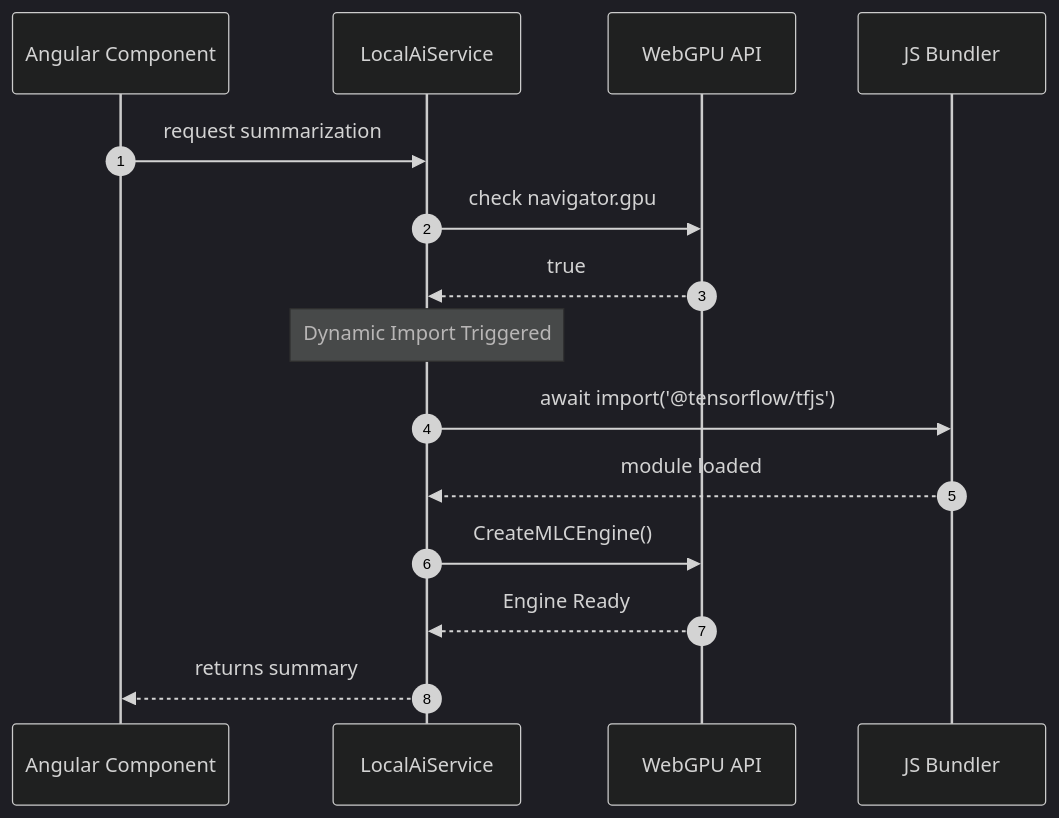
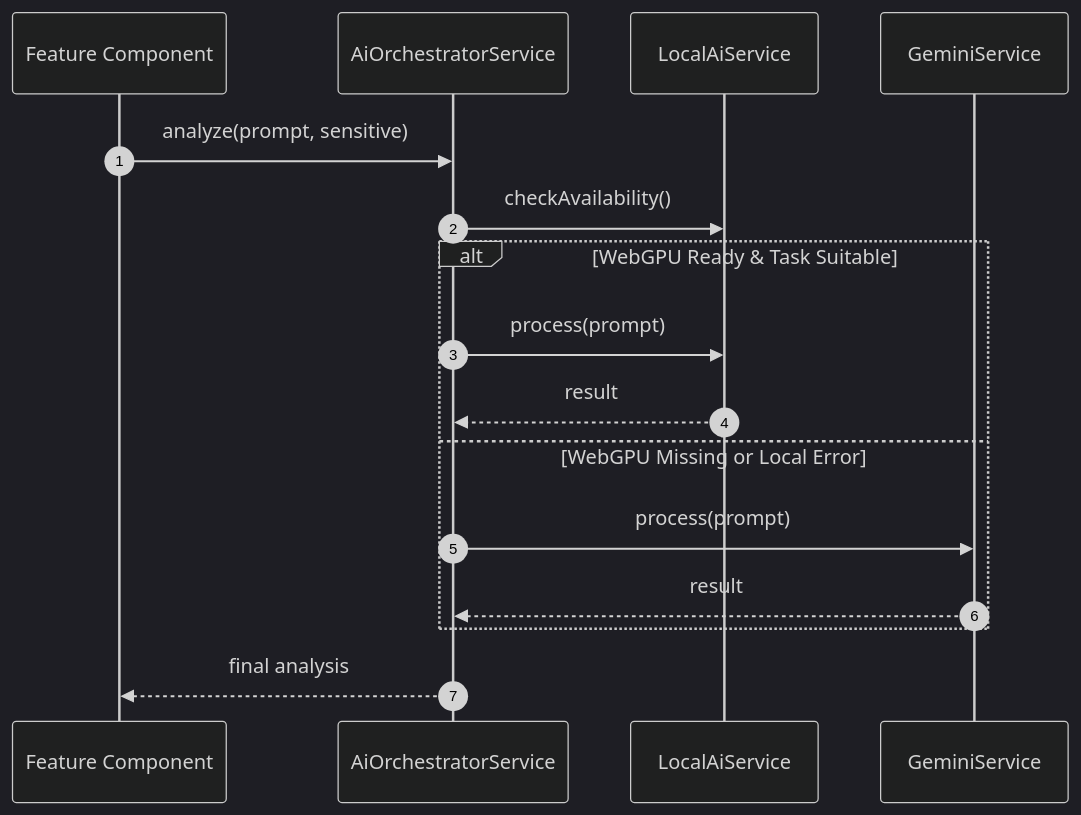
One commit to bbanho/intraclinica-supabase changed the second of 2 diagrams in wiki-site/docs/core-architecture/ai-integrations.md. Above: the diagram before and after it, drawn with Mermaid. The commit also changed other lines of this file and 13 other files, not shown here.

First line of the commit message:
docs(wiki): sync all docs to post-IAM architecture state

````diff
--- a/wiki-site/docs/core-architecture/ai-integrations.md
+++ b/wiki-site/docs/core-architecture/ai-integrations.md
@@ -60,19 +86,20 @@
 ```mermaid
 %%{init: {'theme': 'dark', 'themeVariables': { 'primaryColor': '#2d333b', 'primaryBorderColor': '#6d5dfc', 'primaryTextColor': '#e6edf3', 'lineColor': '#8b949e', 'background': '#161b22' }}}%%
 sequenceDiagram
     autonumber
-    participant UI as Angular Component
-    participant Service as LocalAiService
-    participant Browser as WebGPU API
-    participant Modules as JS Bundler
+    participant App as Feature Component
+    participant Orch as AiOrchestratorService
+    participant Local as LocalAiService
+    participant Cloud as GeminiService
 
-    UI->>Service: request summarization
-    Service->>Browser: check navigator.gpu
-    Browser-->>Service: true
-    Note over Service: Dynamic Import Triggered
-    Service->>Modules: await import('@tensorflow/tfjs')
-    Modules-->>Service: module loaded
-    Service->>Browser: CreateMLCEngine()
-    Browser-->>Service: Engine Ready
-    Service-->>UI: returns summary
+    App->>Orch: analyze(prompt, sensitive)
+    Orch->>Local: checkAvailability()
+    alt WebGPU Ready & Task Suitable
+        Orch->>Local: process(prompt)
+        Local-->>Orch: result
+    else WebGPU Missing or Local Error
+        Orch->>Cloud: process(prompt)
+        Cloud-->>Orch: result
+    end
+    Orch-->>App: final analysis
 ```
````
